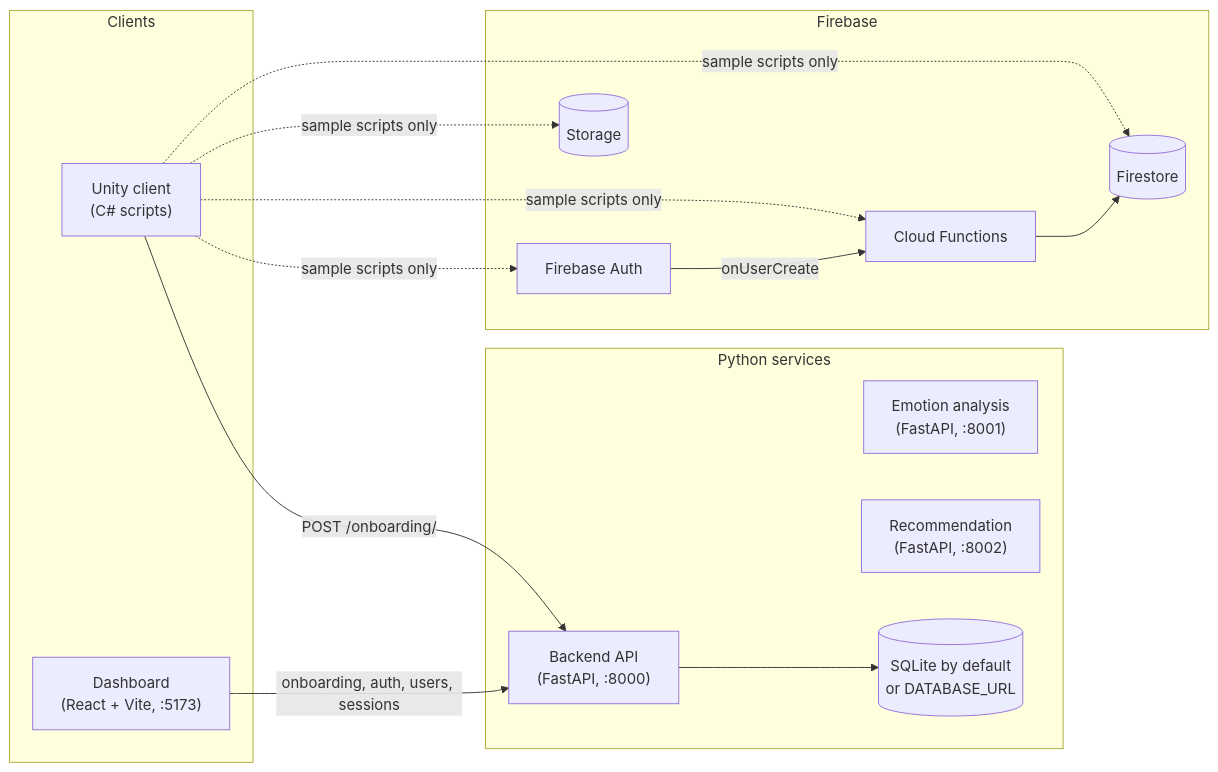
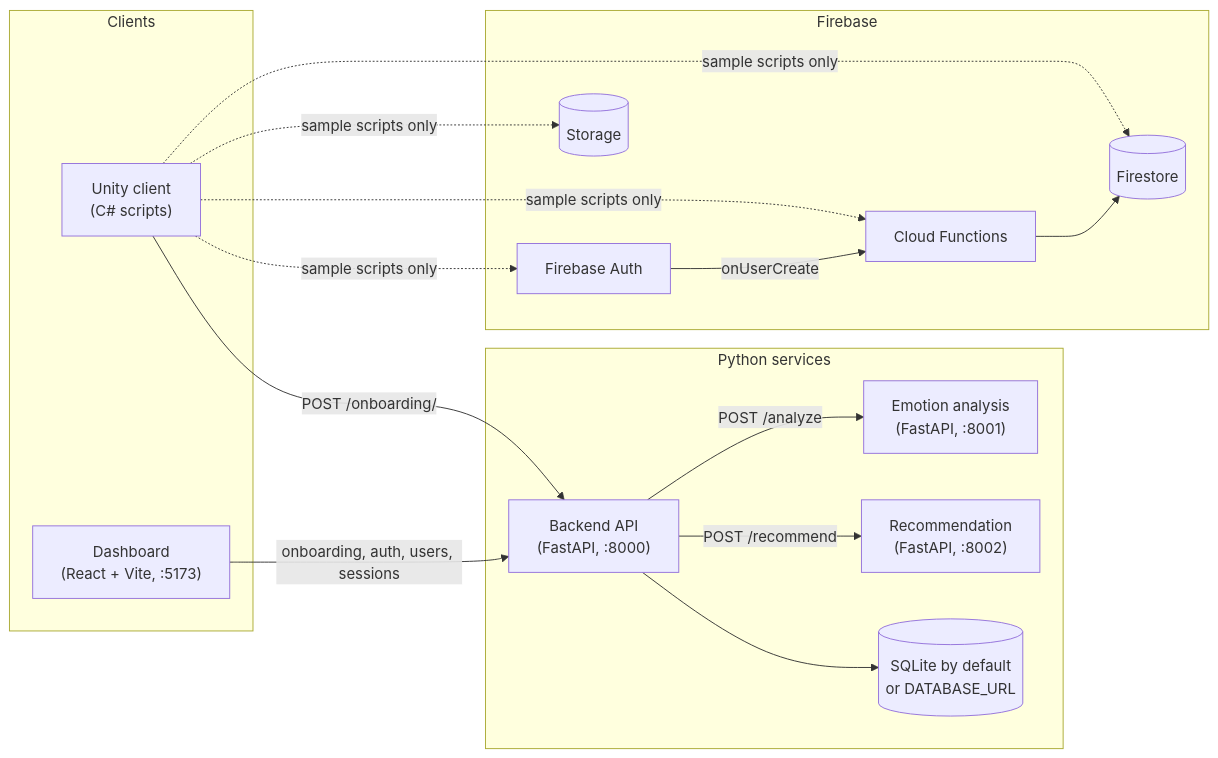
One commit to psychicDree/CortexAI changed the first of 2 diagrams in Docs/SystemArchitecture.md. Above: the diagram before and after it, drawn with Mermaid. The commit also changed other lines of this file and 4 other files, not shown here.

````diff
--- a/Docs/SystemArchitecture.md
+++ b/Docs/SystemArchitecture.md
@@ -7,31 +7,33 @@
 ```mermaid
 flowchart LR
   subgraph Clients
     U["Unity client<br/>(C# scripts)"]
     D["Dashboard<br/>(React + Vite, :5173)"]
   end
 
   subgraph Python services
     API["Backend API<br/>(FastAPI, :8000)"]
     EA["Emotion analysis<br/>(FastAPI, :8001)"]
     REC["Recommendation<br/>(FastAPI, :8002)"]
     DB[("SQLite by default<br/>or DATABASE_URL")]
   end
 
   subgraph Firebase
     FA["Firebase Auth"]
     FN["Cloud Functions"]
     FS[("Firestore")]
     ST[("Storage")]
   end
 
   U -- "POST /onboarding/" --> API
   D -- "onboarding, auth, users, sessions" --> API
   API --> DB
+  API -- "POST /analyze" --> EA
+  API -- "POST /recommend" --> REC
   U -. "sample scripts only" .-> FA
   U -. "sample scripts only" .-> FS
   U -. "sample scripts only" .-> ST
   U -. "sample scripts only" .-> FN
   FA -- "onUserCreate" --> FN
   FN --> FS
 ```
````
